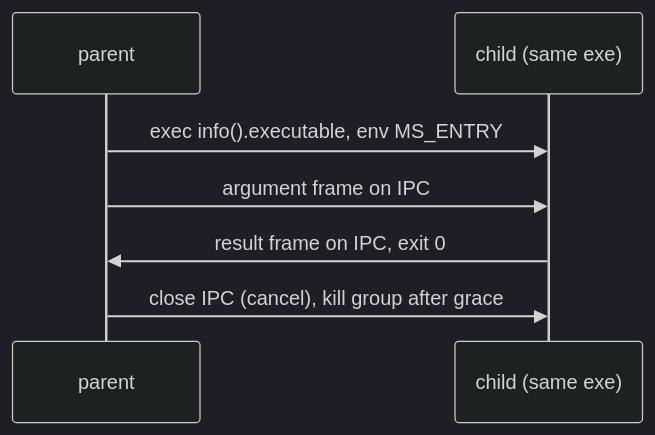
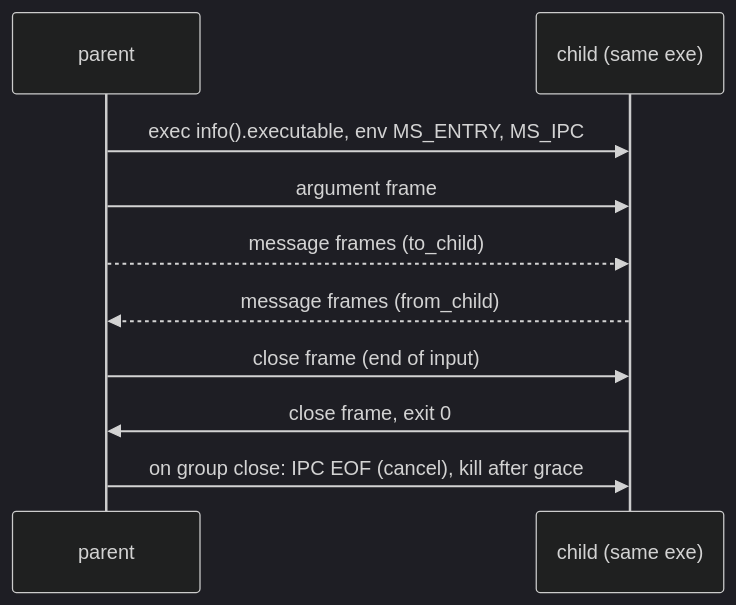
One commit to manuscript-lang/manuscript changed the diagram in proposals/child-processes.md. Above: the diagram before and after it, drawn with Mermaid (dark theme). The commit also changed other lines of this file, not shown here.

First line of the commit message:
Child processes proposal: long-lived Process with channels in both directions, no result type

````diff
--- a/proposals/child-processes.md
+++ b/proposals/child-processes.md
@@ -97,9 +123,12 @@
 ```mermaid
 sequenceDiagram
   participant P as parent
   participant C as child (same exe)
-  P->>C: exec info().executable, env MS_ENTRY
-  P->>C: argument frame on IPC
-  C->>P: result frame on IPC, exit 0
-  P->>C: close IPC (cancel), kill group after grace
+  P->>C: exec info().executable, env MS_ENTRY, MS_IPC
+  P->>C: argument frame
+  P-->>C: message frames (to_child)
+  C-->>P: message frames (from_child)
+  P->>C: close frame (end of input)
+  C->>P: close frame, exit 0
+  P->>C: on group close: IPC EOF (cancel), kill after grace
 ```
````
